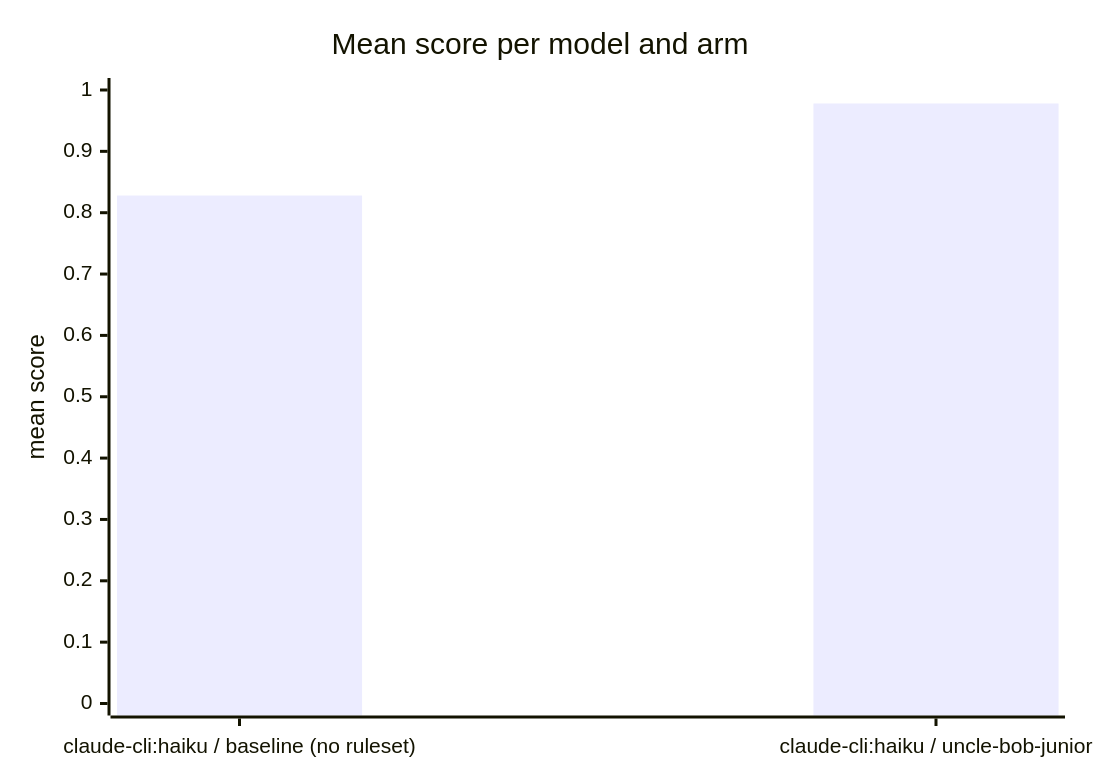
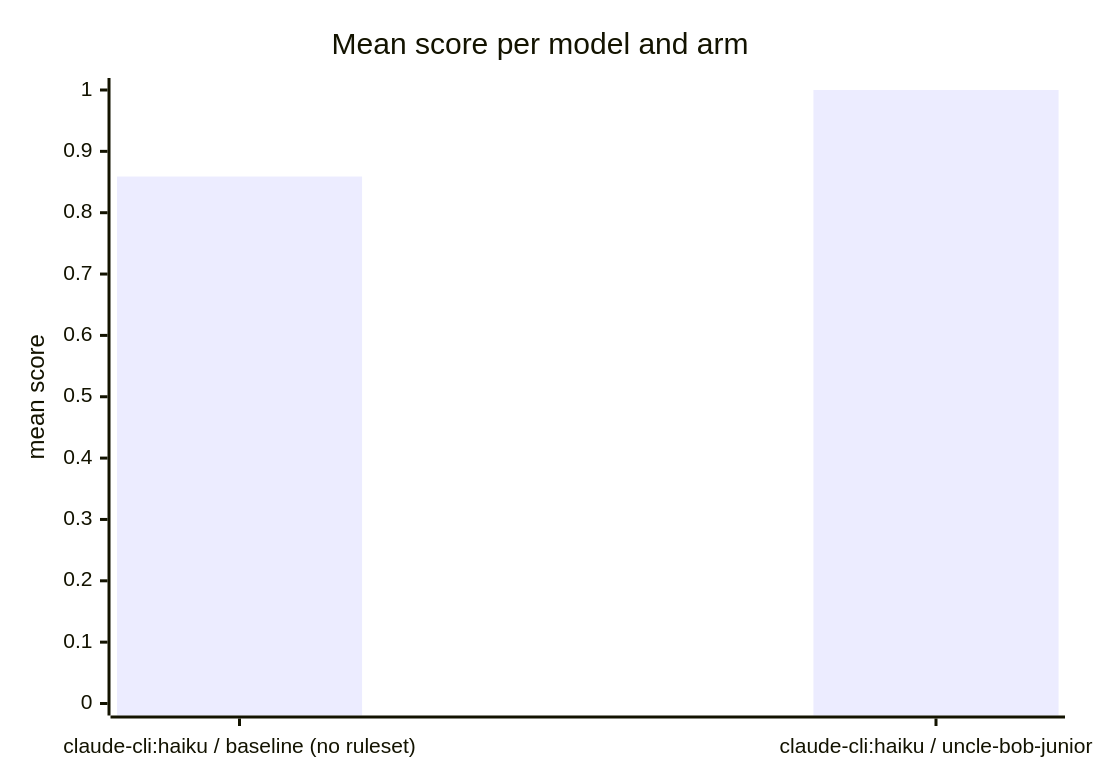
One commit to coenraadhuman/uncle-bob-junior changed the diagram in website/docs/benchmark/scoreboard.mdx. Above: the diagram before and after it, drawn with Mermaid. The commit also changed other lines of this file and 1502 other files, not shown here.

````diff
--- a/website/docs/benchmark/scoreboard.mdx
+++ b/website/docs/benchmark/scoreboard.mdx
@@ -14,7 +14,7 @@
 ```mermaid
 xychart-beta
     title "Mean score per model and arm"
     x-axis ["claude-cli:haiku / baseline (no ruleset)", "claude-cli:haiku / uncle-bob-junior"]
     y-axis "mean score" 0 --> 1
-    bar [0.828, 0.978]
+    bar [0.859, 1.000]
 ```
````
